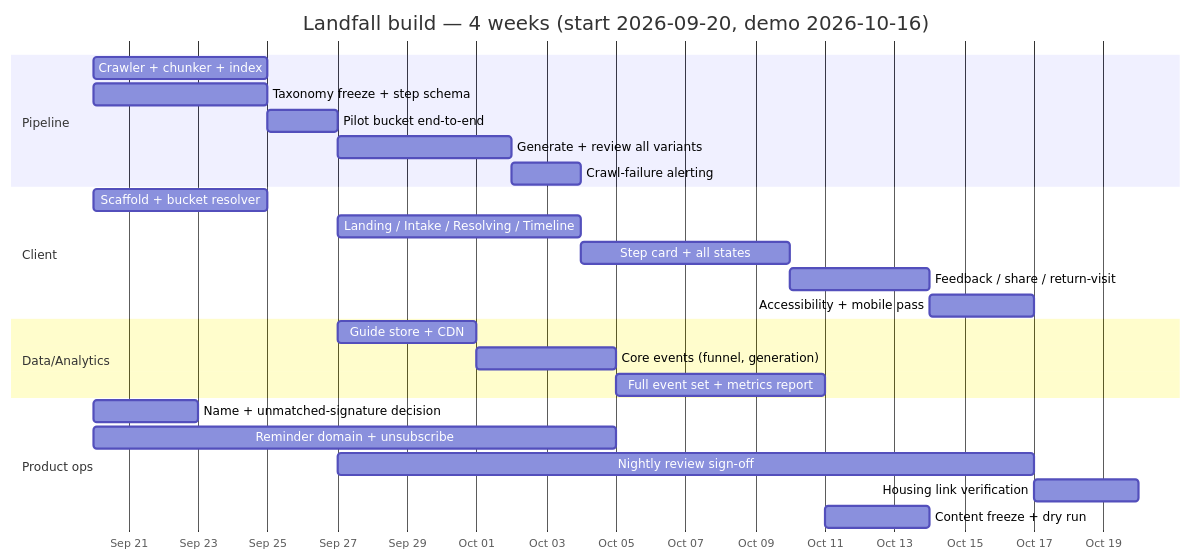
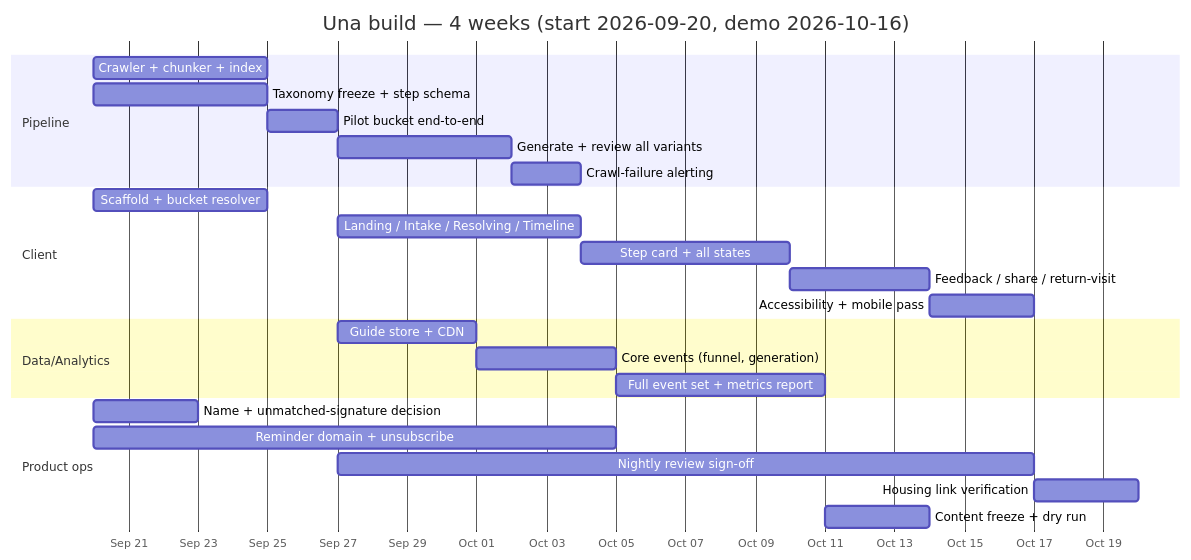
One commit to bvamith95/buildathon-testing changed the diagram in docs/implementation-plan.md. Above: the diagram before and after it, drawn with Mermaid. The commit also changed other lines of this file and 12 other files, not shown here.

First line of the commit message:
Rename Landfall to Una; apply logo and brand color

````diff
--- a/docs/implementation-plan.md
+++ b/docs/implementation-plan.md
@@ -140,32 +140,32 @@
 ```mermaid
 gantt
   dateFormat  YYYY-MM-DD
-  title Landfall build — 4 weeks (start 2026-09-20, demo 2026-10-16)
+  title Una build — 4 weeks (start 2026-09-20, demo 2026-10-16)
   axisFormat %b %d
 
   section Pipeline
   Crawler + chunker + index         :p1, 2026-09-20, 5d
   Taxonomy freeze + step schema      :p2, 2026-09-20, 5d
   Pilot bucket end-to-end            :p3, after p2, 2d
   Generate + review all variants     :p4, after p3, 5d
   Crawl-failure alerting             :p5, after p4, 2d
 
   section Client
   Scaffold + bucket resolver         :c1, 2026-09-20, 5d
   Landing / Intake / Resolving / Timeline :c2, after p3, 7d
   Step card + all states             :c3, after c2, 6d
   Feedback / share / return-visit    :c4, after c3, 4d
   Accessibility + mobile pass        :c5, after c4, 3d
 
   section Data/Analytics
   Guide store + CDN                  :d1, after p3, 4d
   Core events (funnel, generation)   :d2, after d1, 4d
   Full event set + metrics report    :d3, after d2, 6d
 
   section Product ops
   Name + unmatched-signature decision :o1, 2026-09-20, 3d
   Reminder domain + unsubscribe      :o2, 2026-09-20, 15d
   Nightly review sign-off            :o3, after p3, 20d
   Housing link verification          :o4, after o3, 3d
   Content freeze + dry run           :o5, after d3, 3d
 ```
````
